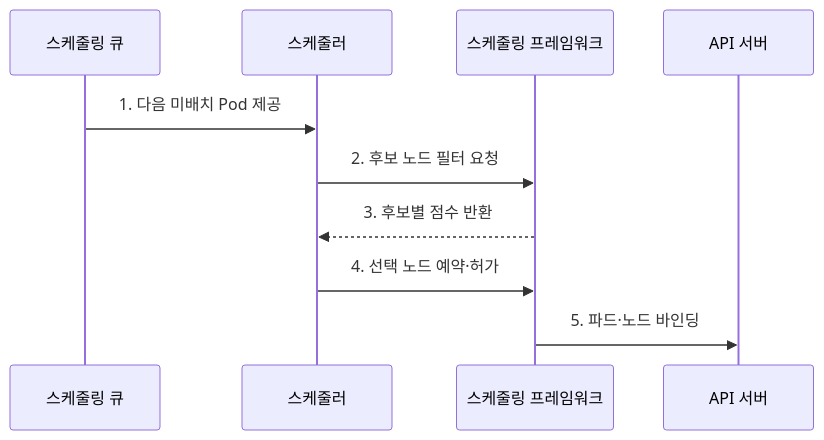
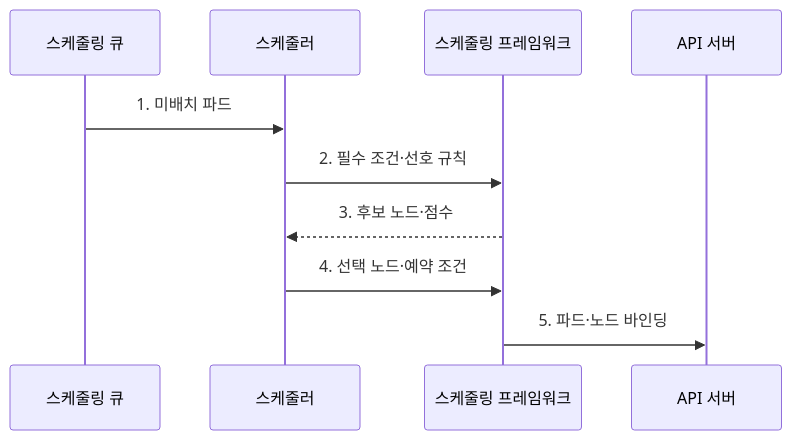
The second of 2 diagrams in src/content/docs/notes/03-software/154_kubernetes_pod_scheduling.md (agnusdei1207/knowledge-base), drawn with Mermaid before and after one commit. The commit also changed other lines of this file and 20 other files, not shown here.

````diff
--- a/src/content/docs/notes/03-software/154_kubernetes_pod_scheduling.md
+++ b/src/content/docs/notes/03-software/154_kubernetes_pod_scheduling.md
@@ -84,12 +90,12 @@
 ```mermaid
 sequenceDiagram
     participant Q as 스케줄링 큐
     participant S as 스케줄러
     participant F as 스케줄링 프레임워크
     participant A as API 서버
-    Q->>S: 1. 다음 미배치 Pod 제공
-    S->>F: 2. 후보 노드 필터 요청
-    F-->>S: 3. 후보별 점수 반환
-    S->>F: 4. 선택 노드 예약·허가
+    Q->>S: 1. 미배치 파드
+    S->>F: 2. 필수 조건·선호 규칙
+    F-->>S: 3. 후보 노드·점수
+    S->>F: 4. 선택 노드·예약 조건
     F->>A: 5. 파드·노드 바인딩
 ```
````
